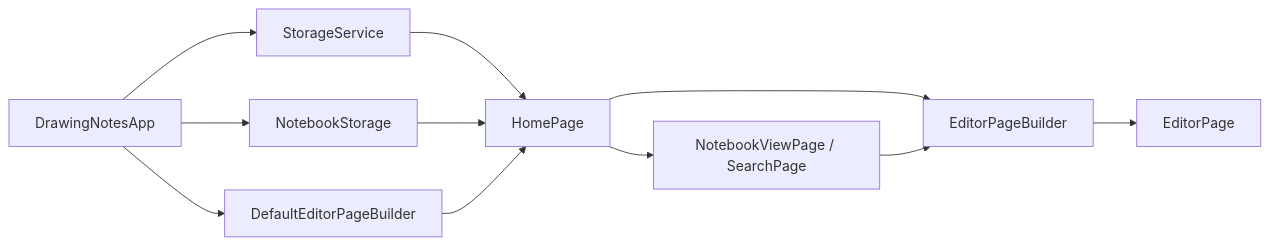
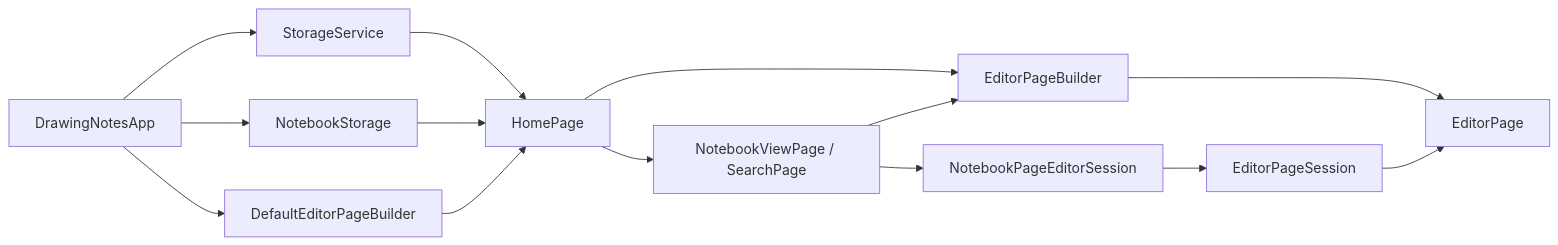
Before and after one commit to bear20252026/drawing_notes_app: the diagram in docs/ARCHITECTURE.md, drawn with Mermaid. The commit also changed other lines of this file and 18 other files, not shown here.

Commit message:
refactor: isolate editor page from notes domain

````diff
--- a/docs/ARCHITECTURE.md
+++ b/docs/ARCHITECTURE.md
@@ -52,13 +55,16 @@
 ```mermaid
 flowchart LR
   App[DrawingNotesApp] --> Storage[StorageService]
   App --> NotebookStorage[NotebookStorage]
   App --> Builder[DefaultEditorPageBuilder]
   Storage --> Home[HomePage]
   NotebookStorage --> Home
   Builder --> Home
   Home --> Notes[NotebookViewPage / SearchPage]
   Home --> EditorContract[EditorPageBuilder]
   Notes --> EditorContract
+  Notes --> SessionAdapter[NotebookPageEditorSession]
+  SessionAdapter --> SessionContract[EditorPageSession]
   EditorContract --> ConcreteEditor[EditorPage]
+  SessionContract --> ConcreteEditor
 ```
````
